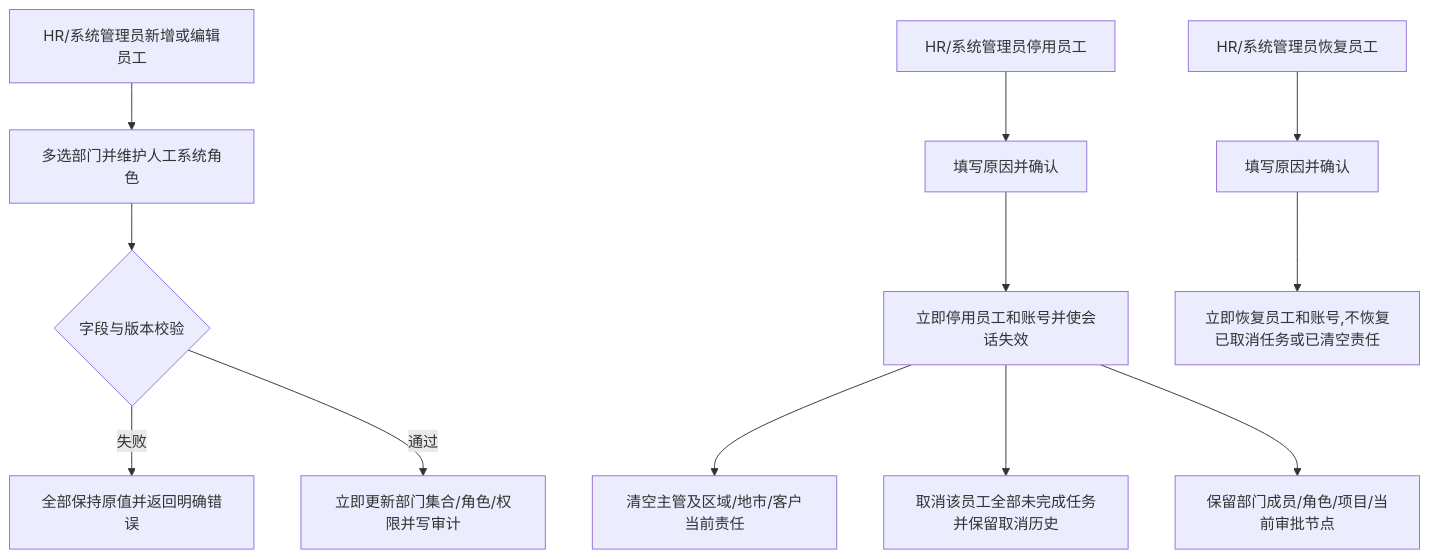
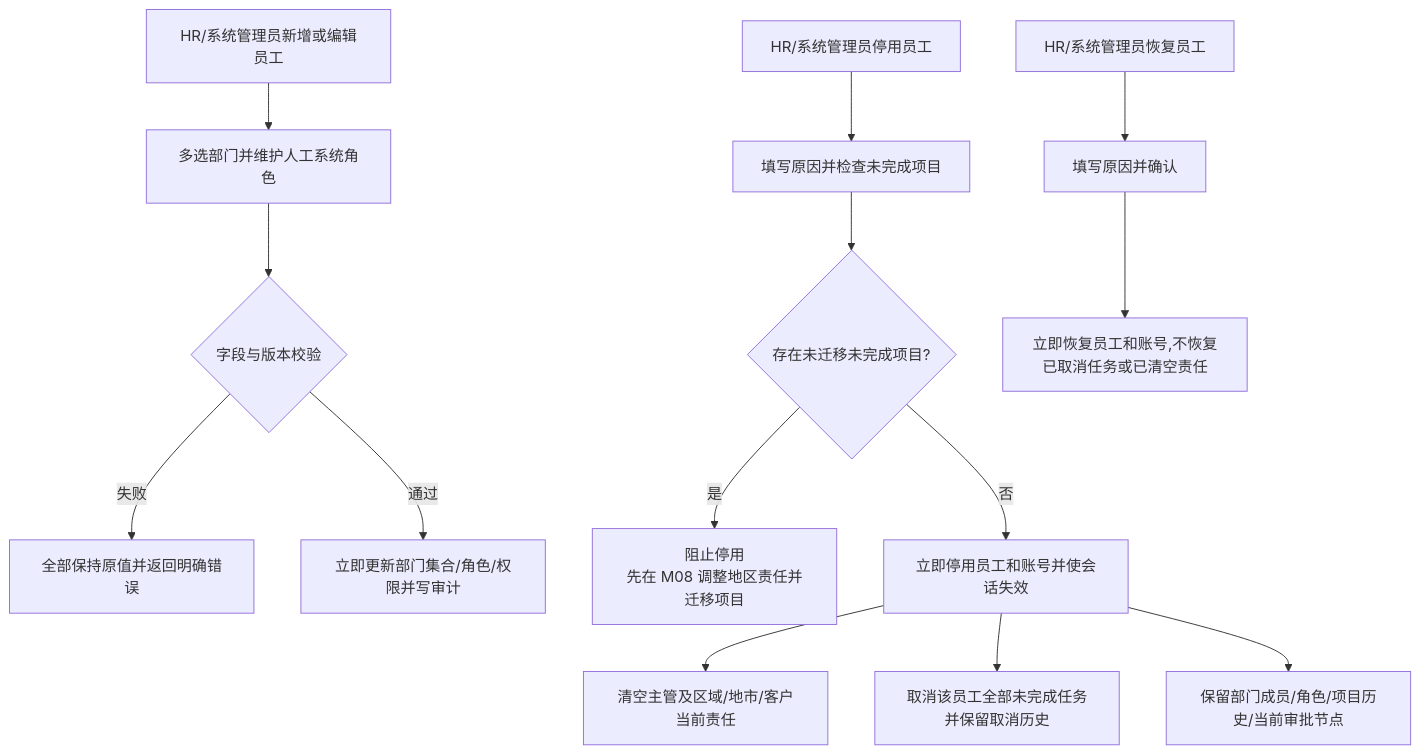
Before and after one commit to Joker-1030/Yingjia-Internal-Management-System: the diagram in prd-workspace/current/user-flows/FLOW-14-M06-employee-change-and-deactivation.md, drawn with Mermaid. The commit also changed other lines of this file and 89 other files, not shown here.

````diff
--- a/prd-workspace/current/user-flows/FLOW-14-M06-employee-change-and-deactivation.md
+++ b/prd-workspace/current/user-flows/FLOW-14-M06-employee-change-and-deactivation.md
@@ -8,14 +8,16 @@
 ```mermaid
 flowchart TD
     A[HR/系统管理员新增或编辑员工] --> B[多选部门并维护人工系统角色]
     B --> C{字段与版本校验}
     C -- 失败 --> D[全部保持原值并返回明确错误]
     C -- 通过 --> E[立即更新部门集合/角色/权限并写审计]
-    F[HR/系统管理员停用员工] --> G[填写原因并确认]
-    G --> H[立即停用员工和账号并使会话失效]
+    F[HR/系统管理员停用员工] --> G[填写原因并检查未完成项目]
+    G --> G1{存在未迁移未完成项目?}
+    G1 -- 是 --> G2[阻止停用<br/>先在 M08 调整地区责任并迁移项目]
+    G1 -- 否 --> H[立即停用员工和账号并使会话失效]
     H --> I[清空主管及区域/地市/客户当前责任]
     H --> J[取消该员工全部未完成任务并保留取消历史]
-    H --> K[保留部门成员/角色/项目/当前审批节点]
+    H --> K[保留部门成员/角色/项目历史/当前审批节点]
     L[HR/系统管理员恢复员工] --> M[填写原因并确认]
     M --> N[立即恢复员工和账号,不恢复已取消任务或已清空责任]
 ```
````
